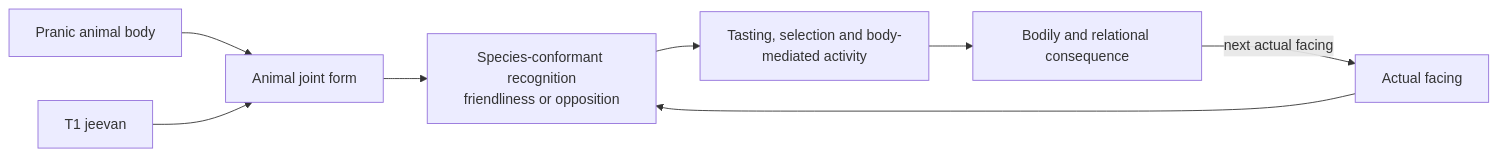
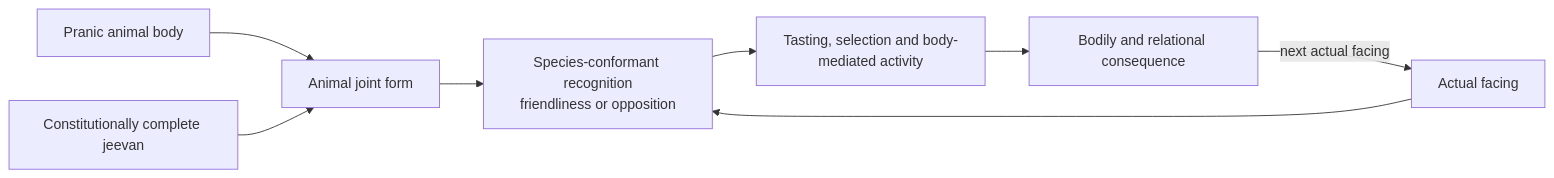
The sixth of 7 diagrams in Studies/A-State-Dynamic-Model-Of-Coexistence/A-State-Dynamic-Model-Of-Coexistence.md (raghavamohan/AnalyticMadhyasthDarshan), drawn with Mermaid before and after one commit. The commit also changed other lines of this file and 8 other files, not shown here.

````diff
--- a/Studies/A-State-Dynamic-Model-Of-Coexistence/A-State-Dynamic-Model-Of-Coexistence.md
+++ b/Studies/A-State-Dynamic-Model-Of-Coexistence/A-State-Dynamic-Model-Of-Coexistence.md
@@ -468,10 +447,10 @@
 ```mermaid
 flowchart LR
     AB["Pranic animal body"] --> JOINT["Animal joint form"]
-    J["T1 jeevan"] --> JOINT
+    J["Constitutionally complete jeevan"] --> JOINT
     ACTUAL["Actual facing"] --> REC["Species-conformant recognition<br/>friendliness or opposition"]
     JOINT --> REC
     REC --> SELECT["Tasting, selection and body-mediated activity"]
     SELECT --> CONSEQ["Bodily and relational consequence"]
     CONSEQ -->|"next actual facing"| ACTUAL
 ```
````
